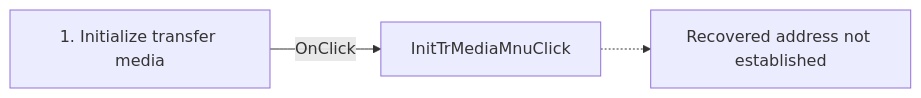
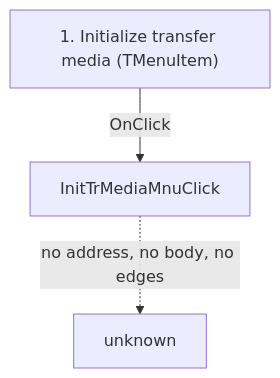
One commit to MovGP0/TIARA changed the diagram in docs/ui-controls/registerdlg/inittrmediamnu-c529896f88.md. Above: the diagram before and after it, drawn with Mermaid. The commit also changed other lines of this file and 106 other files, not shown here.

````diff
--- a/docs/ui-controls/registerdlg/inittrmediamnu-c529896f88.md
+++ b/docs/ui-controls/registerdlg/inittrmediamnu-c529896f88.md
@@ -27,5 +29,5 @@
 ```mermaid
-flowchart LR
-    control["1. Initialize transfer media"] -->|OnClick| handler["InitTrMediaMnuClick"]
-    handler -.-> unresolved["Recovered address not established"]
+flowchart TD
+    control["1. Initialize transfer media (TMenuItem)"] -->|"OnClick"| handler["InitTrMediaMnuClick"]
+    handler -.->|"no address, no body, no edges"| gone["unknown"]
 ```
````
